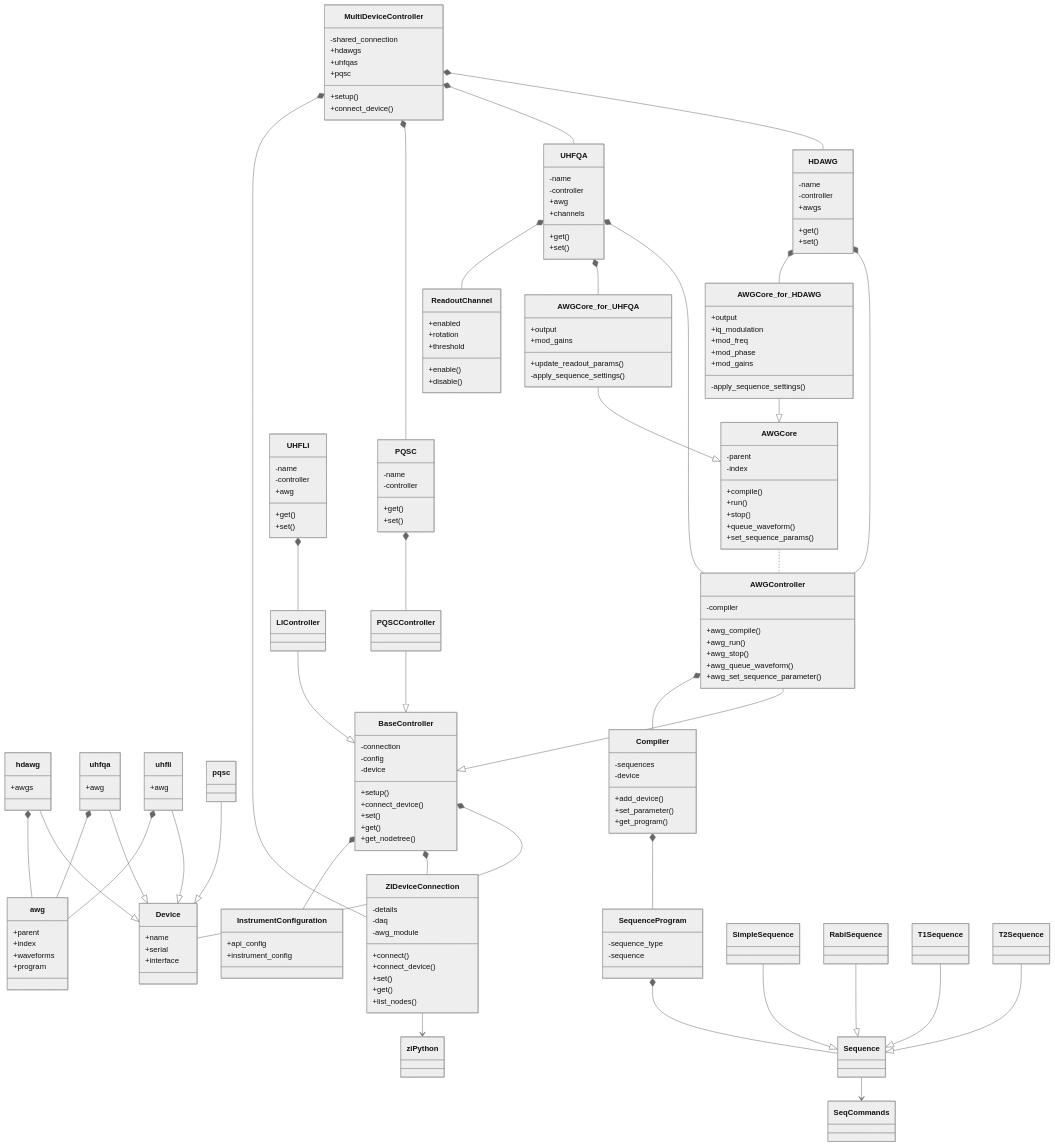
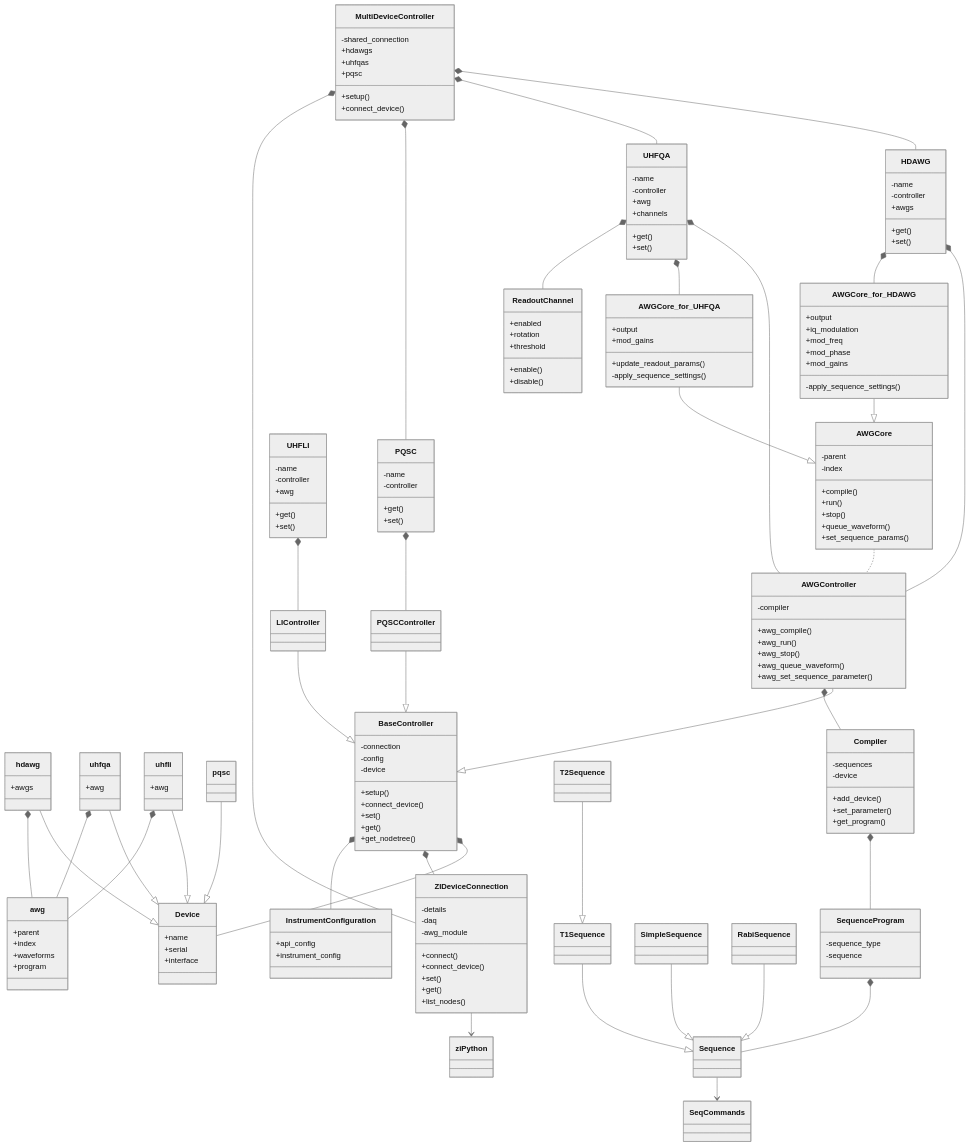
Before and after one commit to zhinst/zhinst-toolkit: the diagram in README.md, drawn with Mermaid (neutral theme).

```diff
--- a/README.md
+++ b/README.md
@@ -50,7 +50,7 @@
     SimpleSequence --|> Sequence
     RabiSequence --|> Sequence
     T1Sequence --|> Sequence
-    T2Sequence --|> Sequence
+    T2Sequence --|> T1Sequence
     Sequence --> SeqCommands
     AWGCore_for_UHFQA --|> AWGCore
     AWGCore_for_HDAWG --|> AWGCore
```
